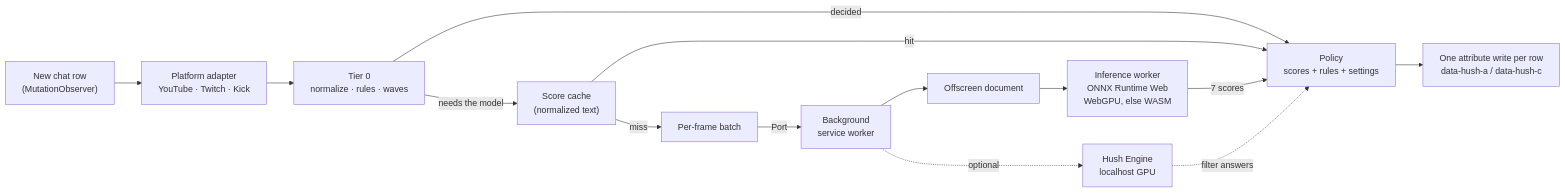
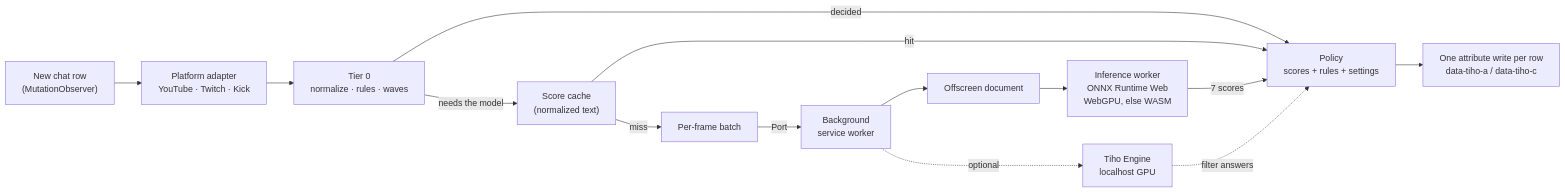
The diagram in README.md (daradudai/tiho), drawn with Mermaid before and after one commit. The commit also changed other lines of this file and 172 other files, not shown here.

First line of the commit message:
Rename Hush to Tiho; ship the v3 model; store listing assets; tiho.chat site

````diff
--- a/README.md
+++ b/README.md
@@ -144,16 +152,16 @@
 ```mermaid
 flowchart LR
     row["New chat row<br/>(MutationObserver)"] --> ad["Platform adapter<br/>YouTube · Twitch · Kick"]
     ad --> t0["Tier 0<br/>normalize · rules · waves"]
     t0 -- decided --> pol["Policy<br/>scores + rules + settings"]
     t0 -- needs the model --> cache["Score cache<br/>(normalized text)"]
     cache -- hit --> pol
     cache -- miss --> batch["Per-frame batch"]
     batch -- Port --> sw["Background<br/>service worker"]
     sw --> off["Offscreen document"]
     off --> wk["Inference worker<br/>ONNX Runtime Web<br/>WebGPU, else WASM"]
     wk -- 7 scores --> pol
-    sw -. optional .-> eng["Hush Engine<br/>localhost GPU"]
+    sw -. optional .-> eng["Tiho Engine<br/>localhost GPU"]
     eng -. filter answers .-> pol
-    pol --> dom["One attribute write per row<br/>data-hush-a / data-hush-c"]
+    pol --> dom["One attribute write per row<br/>data-tiho-a / data-tiho-c"]
 ```
````
